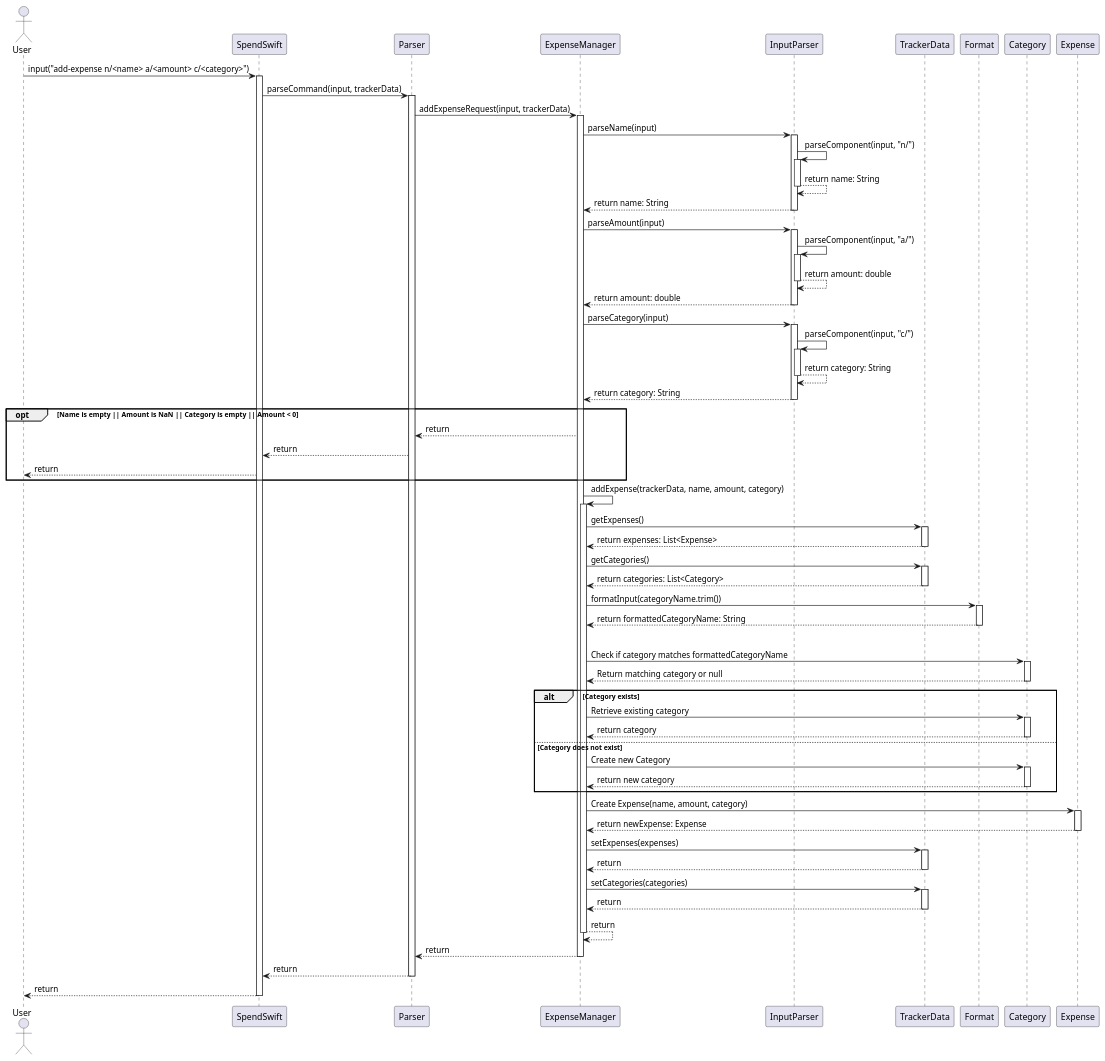
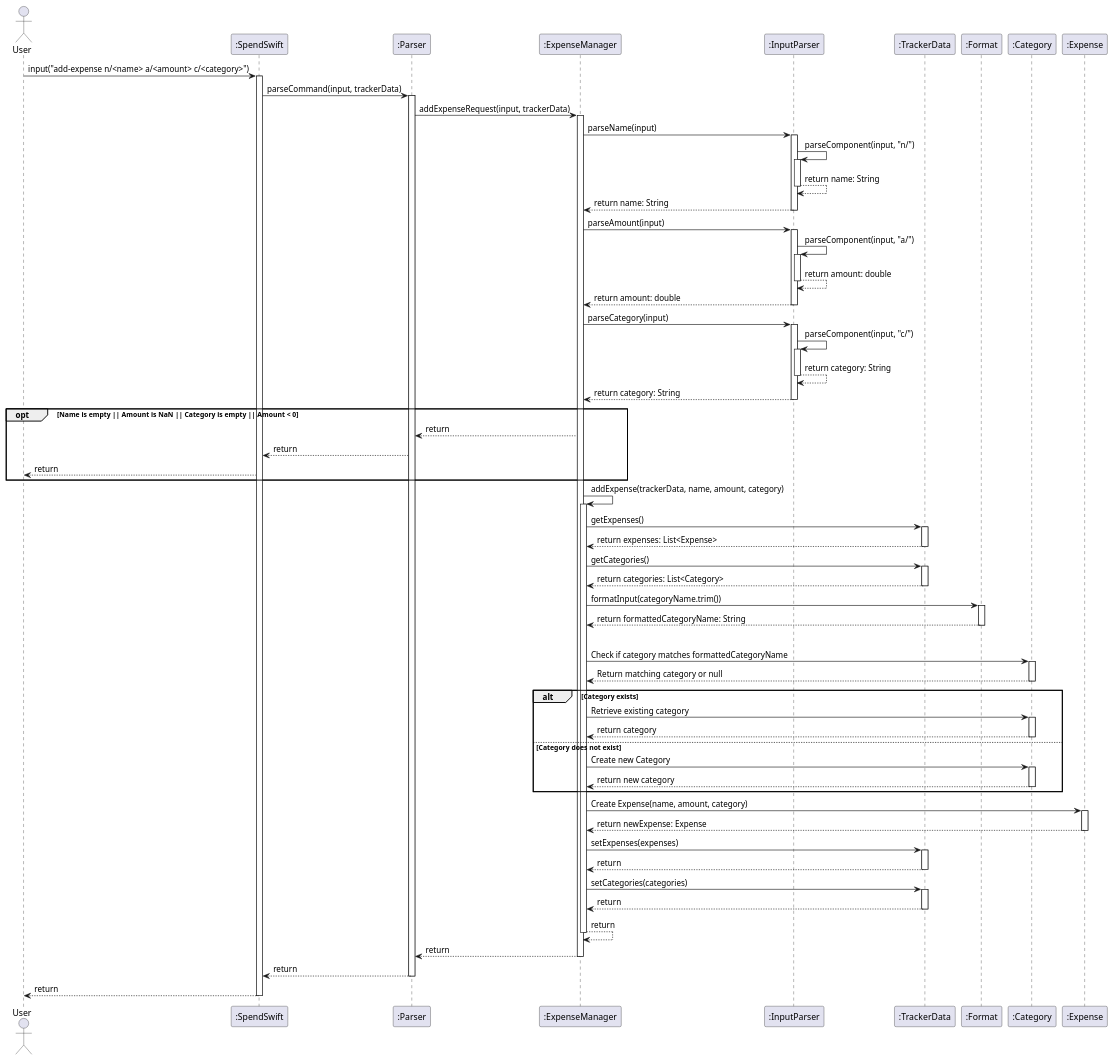
Before and after one commit to nus-cs2113-AY2425S1/tp: the diagram in docs/diagrams/AddExpense.puml, drawn with PlantUML. The commit also changed 19 other files, not shown here.

```diff
--- a/docs/diagrams/AddExpense.puml
+++ b/docs/diagrams/AddExpense.puml
@@ -1,111 +1,111 @@
 @startuml
 actor User
-participant SpendSwift
-participant Parser
-participant ExpenseManager
-participant InputParser
-participant TrackerData
-participant Format
-participant Category
-participant Expense
+participant ":SpendSwift" as SpendSwift
+participant ":Parser" as Parser
+participant ":ExpenseManager" as ExpenseManager
+participant ":InputParser" as InputParser
+participant ":TrackerData" as TrackerData
+participant ":Format" as Format
+participant ":Category" as Category
+participant ":Expense" as Expense
 
 User -> SpendSwift : input("add-expense n/<name> a/<amount> c/<category>")
 activate SpendSwift
 SpendSwift -> Parser : parseCommand(input, trackerData)
 
 activate Parser
 Parser -> ExpenseManager : addExpenseRequest(input, trackerData)
 
 activate ExpenseManager
 ExpenseManager -> InputParser : parseName(input)
 activate InputParser
 InputParser -> InputParser : parseComponent(input, "n/")
     activate InputParser
     InputParser --> InputParser : return name: String
     deactivate InputParser
 InputParser --> ExpenseManager : return name: String
 deactivate InputParser
 
 ExpenseManager -> InputParser : parseAmount(input)
 activate InputParser
 InputParser -> InputParser : parseComponent(input, "a/")
     activate InputParser
     InputParser --> InputParser : return amount: double
     deactivate InputParser
 InputParser --> ExpenseManager : return amount: double
 deactivate InputParser
 
 ExpenseManager -> InputParser : parseCategory(input)
 activate InputParser
 InputParser -> InputParser : parseComponent(input, "c/")
     activate InputParser
     InputParser --> InputParser : return category: String
     deactivate InputParser
 InputParser --> ExpenseManager : return category: String
 deactivate InputParser
 
 opt Name is empty || Amount is NaN || Category is empty || Amount < 0
     ExpenseManager --> Parser : return
     Parser --> SpendSwift : return
     SpendSwift --> User : return
 end
 
 ExpenseManager -> ExpenseManager : addExpense(trackerData, name, amount, category)
 activate ExpenseManager
 ExpenseManager -> TrackerData : getExpenses()
 activate TrackerData
 TrackerData --> ExpenseManager : return expenses: List<Expense>
 deactivate TrackerData
 ExpenseManager -> TrackerData : getCategories()
 activate TrackerData
 TrackerData --> ExpenseManager : return categories: List<Category>
 deactivate TrackerData
 
 ExpenseManager -> Format : formatInput(categoryName.trim())
 activate Format
 Format --> ExpenseManager : return formattedCategoryName: String
 deactivate Format
 
 loop Search for Category
 ExpenseManager -> Category : Check if category matches formattedCategoryName
 activate Category
 Category --> ExpenseManager : Return matching category or null
 deactivate Category
 
 alt Category exists
     ExpenseManager -> Category : Retrieve existing category
     activate Category
     Category --> ExpenseManager : return category
     deactivate Category
 else Category does not exist
     ExpenseManager -> Category : Create new Category
     activate Category
     Category --> ExpenseManager : return new category
     deactivate Category
 end
 
 ExpenseManager -> Expense : Create Expense(name, amount, category)
 activate Expense
 Expense --> ExpenseManager : return newExpense: Expense
 deactivate Expense
 
 ExpenseManager -> TrackerData : setExpenses(expenses)
 activate TrackerData
 TrackerData --> ExpenseManager : return
 deactivate TrackerData
 
 ExpenseManager -> TrackerData : setCategories(categories)
 activate TrackerData
 TrackerData --> ExpenseManager : return
 deactivate TrackerData
 
 ExpenseManager --> ExpenseManager : return
 deactivate ExpenseManager
 
 ExpenseManager --> Parser : return
 deactivate ExpenseManager
 Parser --> SpendSwift : return
 deactivate Parser
 SpendSwift --> User : return
 deactivate SpendSwift
 @enduml
```
